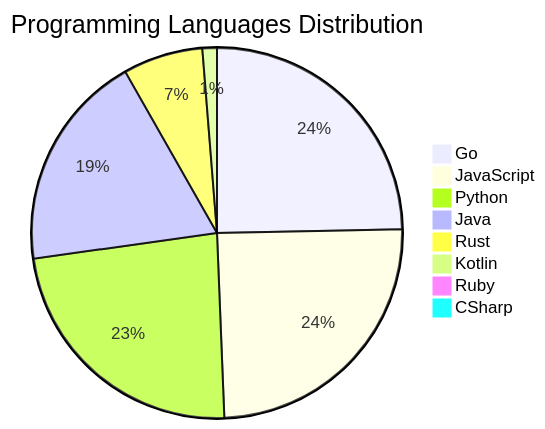
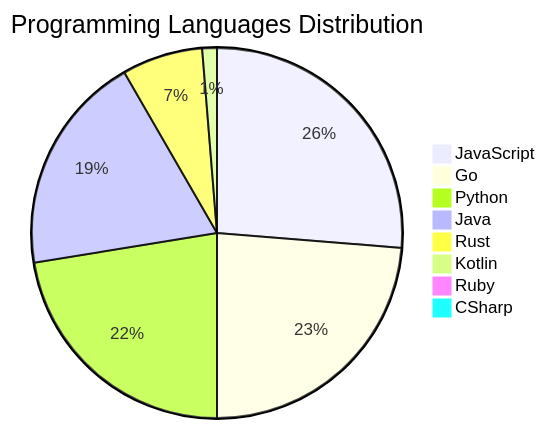
One commit to Derrick-MUGISHA/github-activity-bot changed the diagram in README.md. Above: the diagram before and after it, drawn with Mermaid. The commit also changed other lines of this file and 4 other files, not shown here.

````diff
--- a/README.md
+++ b/README.md
@@ -209,11 +209,11 @@
 ```mermaid
 pie title Programming Languages Distribution
-    "Go" : 39
-    "JavaScript" : 39
-    "Python" : 37
+    "JavaScript" : 41
+    "Go" : 37
+    "Python" : 35
     "Java" : 30
     "Rust" : 11
     "Kotlin" : 2
     "Ruby" : 1
     "CSharp" : 1
 ```
````
